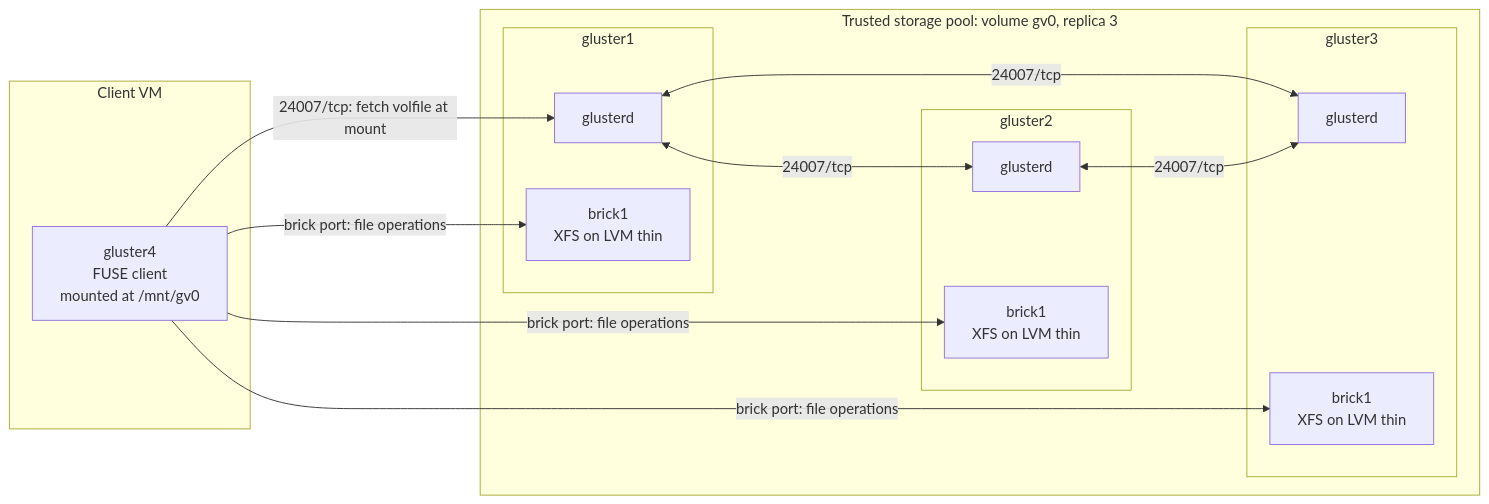
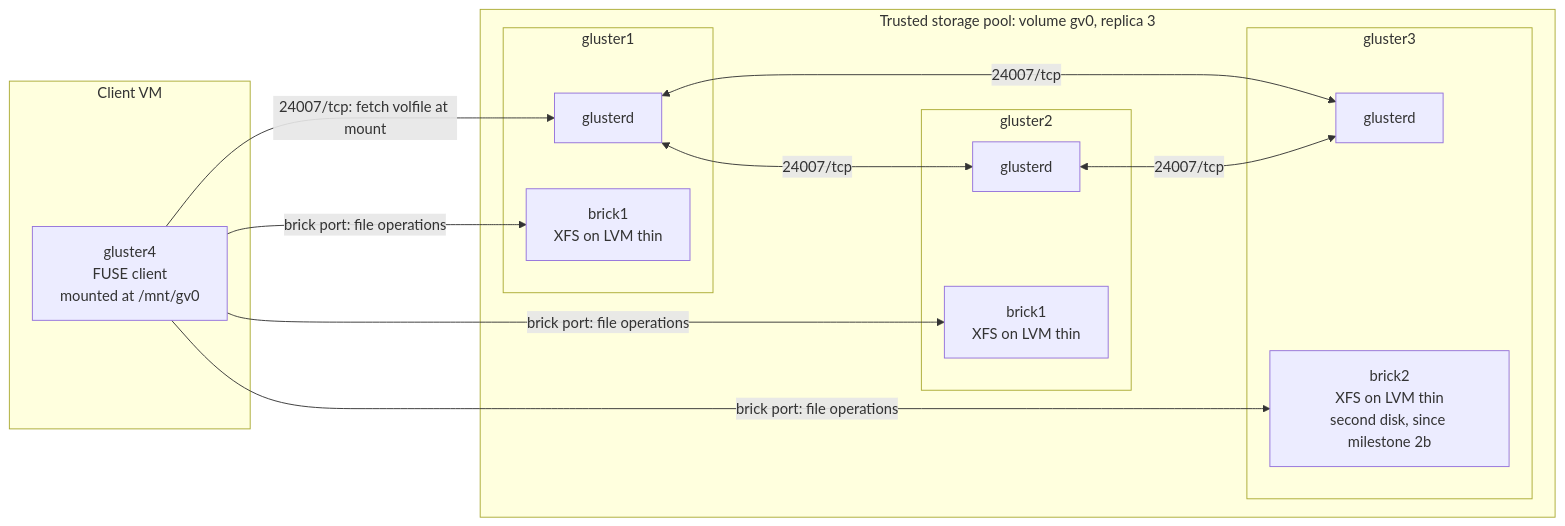
One commit to OB-Adams/glusterfs-replicated-lab changed the first of 4 diagrams in docs/architecture.md. Above: the diagram before and after it, drawn with Mermaid. The commit also changed other lines of this file and 5 other files, not shown here.

````diff
--- a/docs/architecture.md
+++ b/docs/architecture.md
@@ -17,27 +17,27 @@
 ```mermaid
 flowchart LR
     subgraph clientvm["Client VM"]
         C["gluster4<br/>FUSE client<br/>mounted at /mnt/gv0"]
     end
     subgraph pool["Trusted storage pool: volume gv0, replica 3"]
         subgraph s1["gluster1"]
             G1["glusterd"]
             B1["brick1<br/>XFS on LVM thin"]
         end
         subgraph s2["gluster2"]
             G2["glusterd"]
             B2["brick1<br/>XFS on LVM thin"]
         end
         subgraph s3["gluster3"]
             G3["glusterd"]
-            B3["brick1<br/>XFS on LVM thin"]
+            B3["brick2<br/>XFS on LVM thin<br/>second disk, since milestone 2b"]
         end
     end
     C -->|"24007/tcp: fetch volfile at mount"| G1
     C -->|"brick port: file operations"| B1
     C -->|"brick port: file operations"| B2
     C -->|"brick port: file operations"| B3
     G1 <-->|"24007/tcp"| G2
     G2 <-->|"24007/tcp"| G3
     G1 <-->|"24007/tcp"| G3
 ```
````
